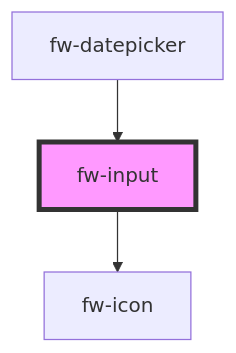
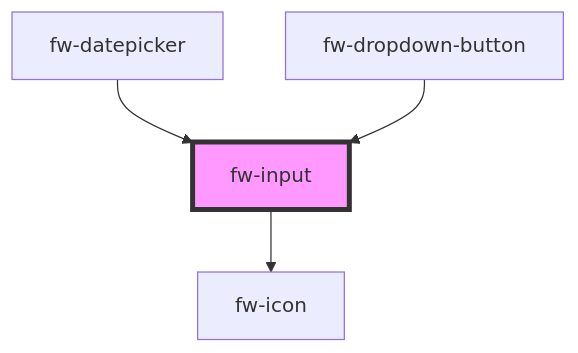
Before and after one commit to freshworks/crayons: the diagram in src/components/input/readme.md, drawn with Mermaid. The commit also changed other lines of this file and 13 other files, not shown here.

First line of the commit message:
feat(dropdown button): dropdown button adhering to Freshworks Design System

````diff
--- a/src/components/input/readme.md
+++ b/src/components/input/readme.md
@@ -106,6 +107,7 @@
 ```mermaid
 graph TD;
   fw-input --> fw-icon
   fw-datepicker --> fw-input
+  fw-dropdown-button --> fw-input
   style fw-input fill:#f9f,stroke:#333,stroke-width:4px
 ```
````
